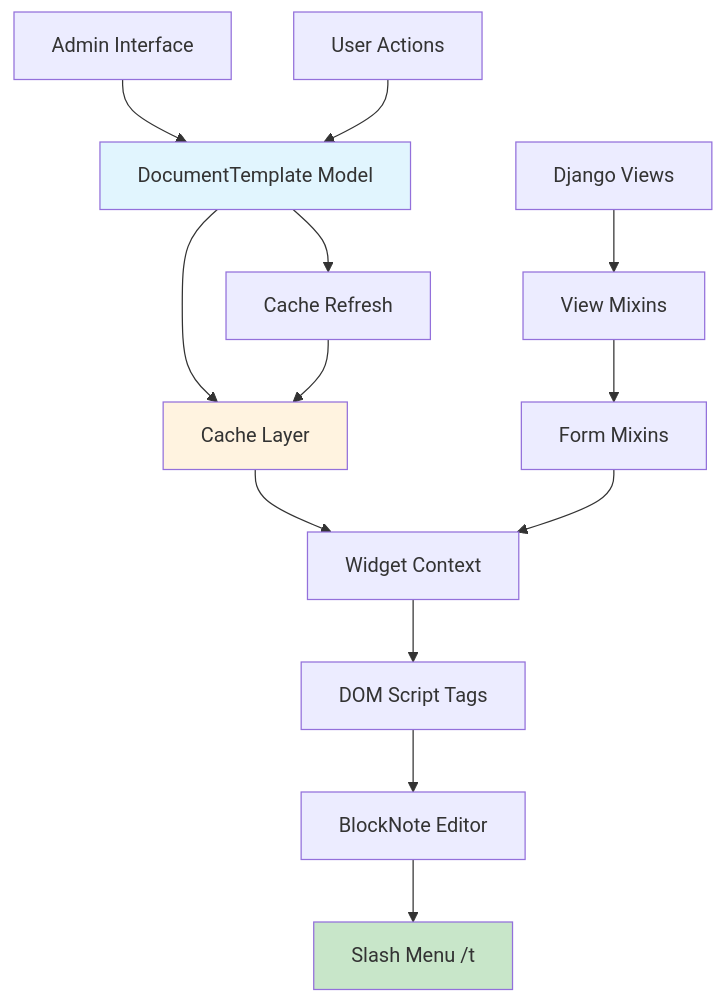
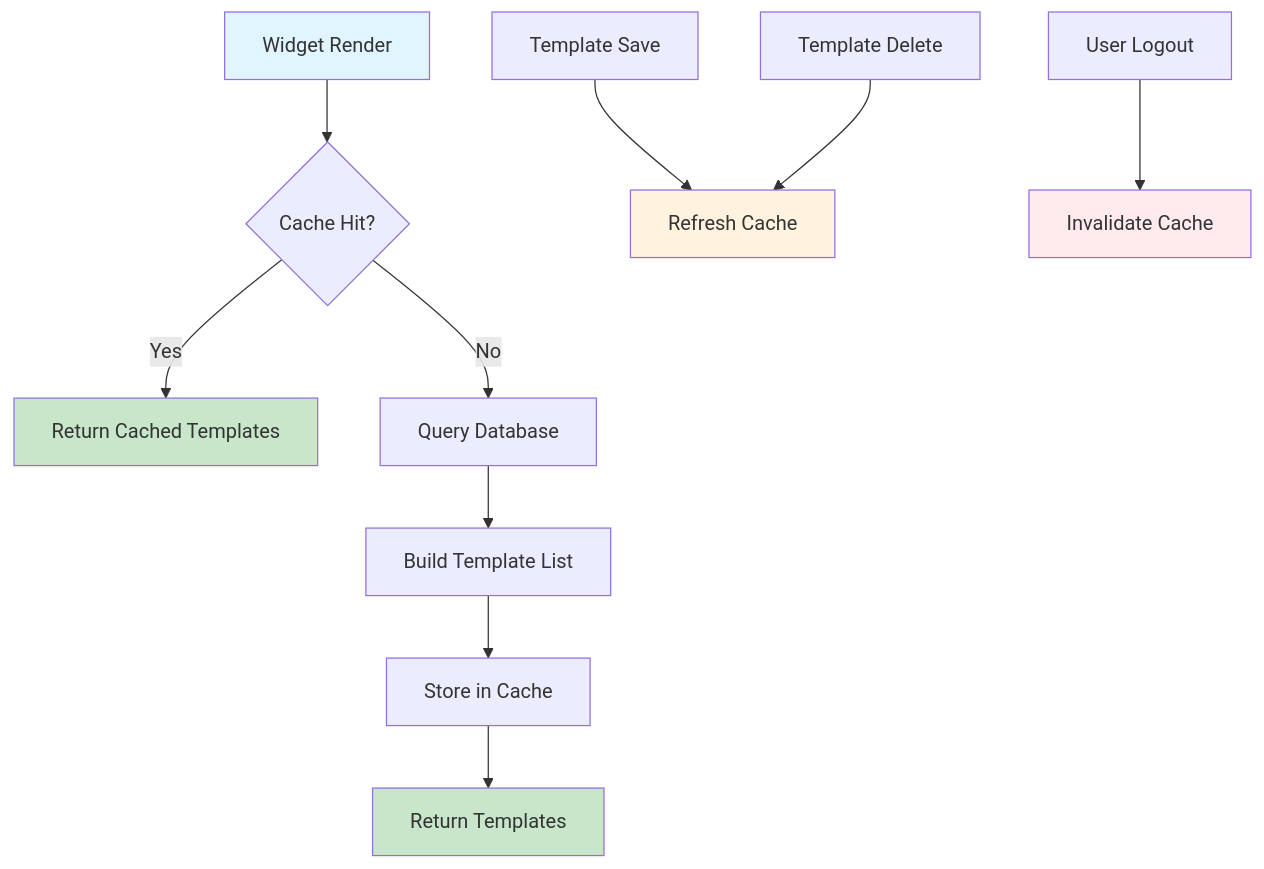
One commit to Dunwright-dev/django-blocknote changed the first of 3 diagrams in docs/source/reference/document-templates.md. Above: the diagram before and after it, drawn with Mermaid. The commit also changed other lines of this file and 3 other files, not shown here.

````diff
--- a/docs/source/reference/document-templates.md
+++ b/docs/source/reference/document-templates.md
@@ -15,21 +212,19 @@
 ```{mermaid}
 graph TD
-    A[DocumentTemplate Model] --> B[Cache Layer]
-    B --> C[Widget Context]
-    C --> D[DOM Script Tags]
-    D --> E[BlockNote Editor]
-    E --> F[Slash Menu /t]
+    A[Widget Render] --> B{Cache Hit?}
+    B -->|Yes| C[Return Cached Templates]
+    B -->|No| D[Query Database]
+    D --> E[Build Template List]
+    E --> F[Store in Cache]
+    F --> G[Return Templates]
     
-    G[Form Mixins] --> C
-    H[View Mixins] --> G
-    I[Django Views] --> H
-    
-    J[Admin Interface] --> A
-    K[User Actions] --> A
-    A --> L[Cache Refresh]
-    L --> B
+    H[Template Save] --> I[Refresh Cache]
+    J[Template Delete] --> I
+    K[User Logout] --> L[Invalidate Cache]
     
     style A fill:#e1f5fe
-    style F fill:#c8e6c9
-    style B fill:#fff3e0
+    style C fill:#c8e6c9
+    style G fill:#c8e6c9
+    style I fill:#fff3e0
+    style L fill:#ffebee
 ```
````
